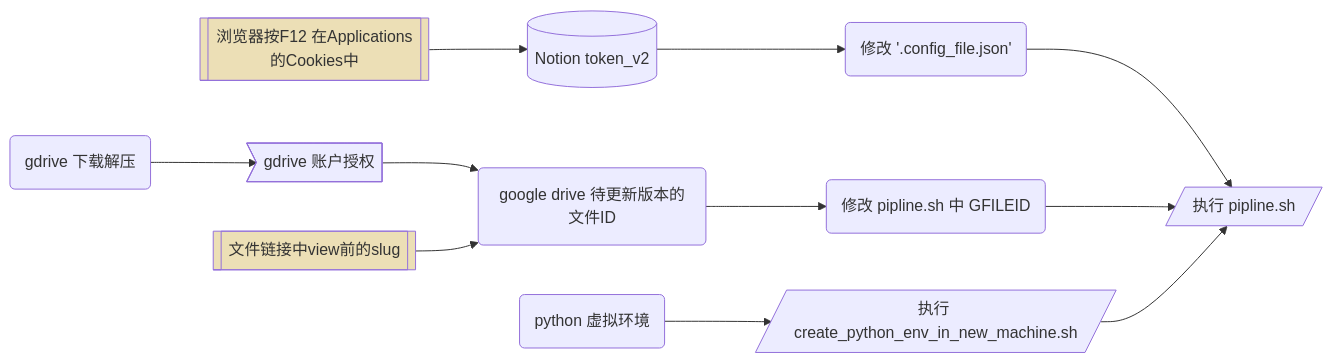
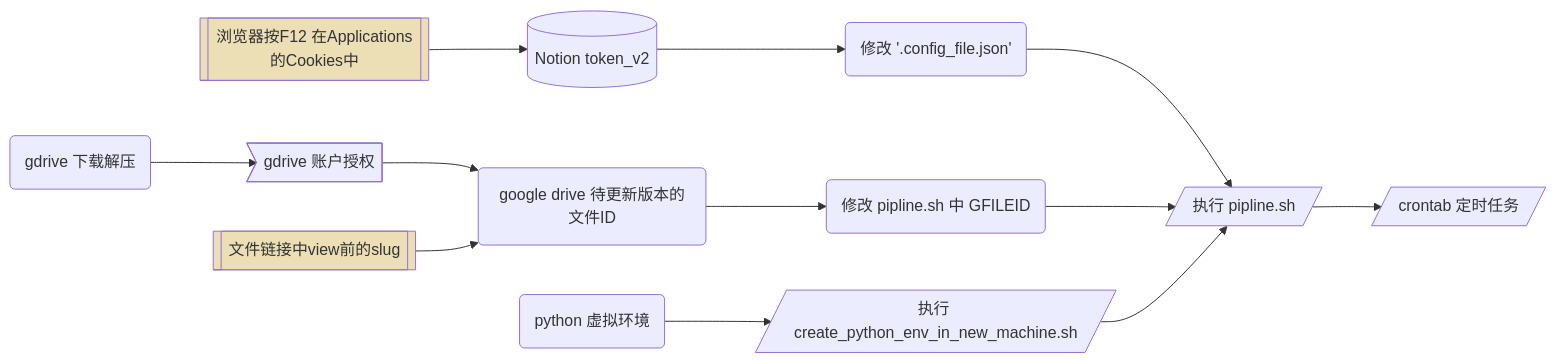
Before and after one commit to dario-github/notion_auto_backup: the diagram in README.md, drawn with Mermaid. The commit also changed other lines of this file, not shown here.

````diff
--- a/README.md
+++ b/README.md
@@ -15,13 +12,13 @@
 ```mermaid
 flowchart LR
     A0[[浏览器按F12 在Applications的Cookies中]] --> A
     A[(Notion token_v2)] --> A1(修改 '.config_file.json')
     B(gdrive 下载解压) --> B1>gdrive 账户授权] --> B2(google drive 待更新版本的文件ID) -->B3(修改 pipline.sh 中 GFILEID)
     C(python 虚拟环境) --> C1[/执行 create_python_env_in_new_machine.sh/]
     B22[[文件链接中view前的slug]] --> B2
     A1 & B3 & C1 --> D[/执行 pipline.sh/]
+    D --> E[/crontab 定时任务/]
 
     style A0 fill:#ecdfb6
     style B22 fill:#ecdfb6
-
 ```
````
